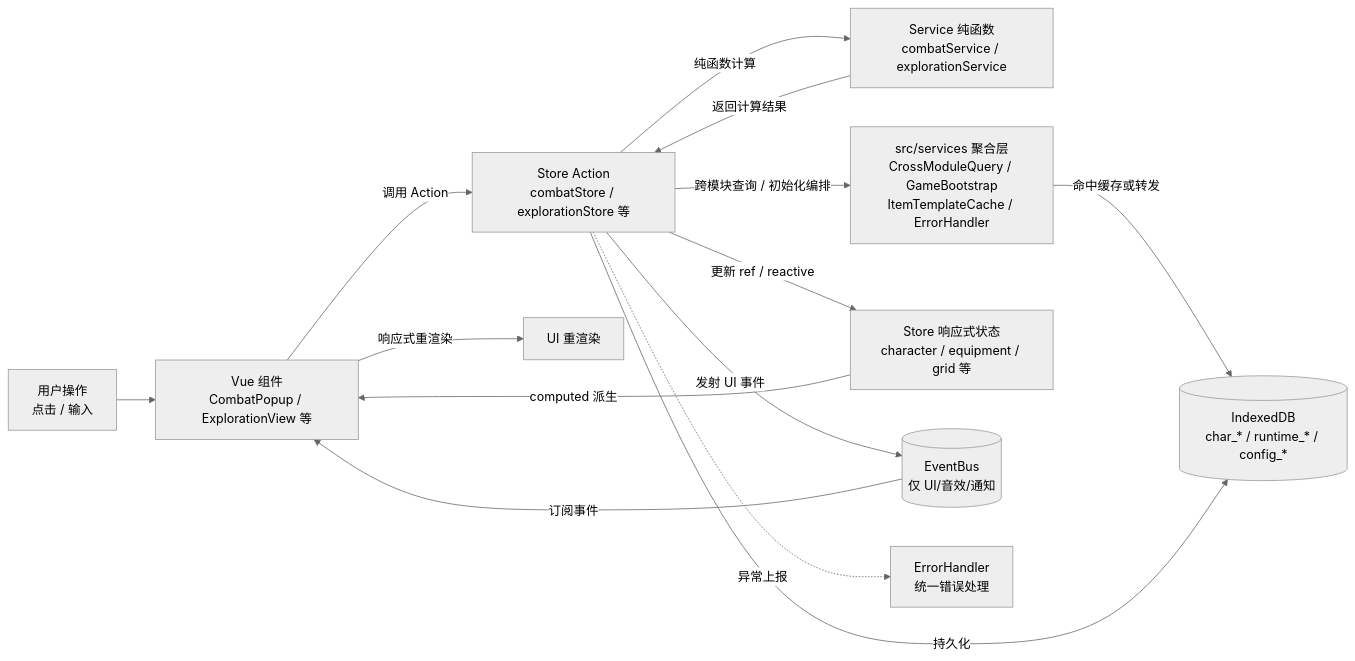
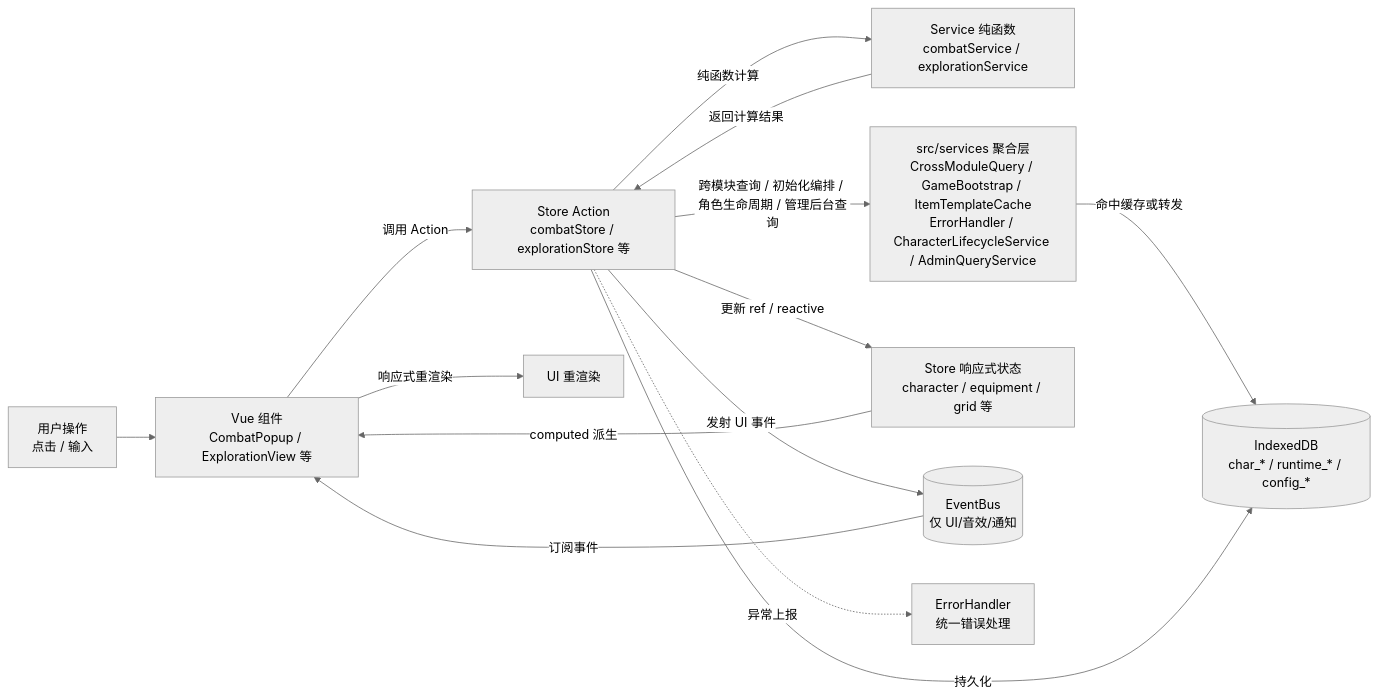
Before and after one commit to SonDemigods/wow_dnd: the first of 17 diagrams in doc/project/DATA_FLOW.md, drawn with Mermaid (neutral theme). The commit also changed other lines of this file and 4 other files, not shown here.

````diff
--- a/doc/project/DATA_FLOW.md
+++ b/doc/project/DATA_FLOW.md
@@ -27,17 +28,17 @@
 ```mermaid
 flowchart LR
     %% 全局数据流向：用户操作 → UI 重渲染
     User[用户操作<br/>点击 / 输入] --> Component[Vue 组件<br/>CombatPopup / ExplorationView 等]
     Component -->|调用 Action| StoreAction[Store Action<br/>combatStore / explorationStore 等]
     StoreAction -->|纯函数计算| Service[Service 纯函数<br/>combatService / explorationService]
     Service -->|返回计算结果| StoreAction
-    StoreAction -->|跨模块查询 / 初始化编排| ServicesLayer[src/services 聚合层<br/>CrossModuleQuery / GameBootstrap<br/>ItemTemplateCache / ErrorHandler]
+    StoreAction -->|跨模块查询 / 初始化编排 / 角色生命周期 / 管理后台查询| ServicesLayer[src/services 聚合层<br/>CrossModuleQuery / GameBootstrap / ItemTemplateCache<br/>ErrorHandler / CharacterLifecycleService / AdminQueryService]
     ServicesLayer -->|命中缓存或转发| DB
     StoreAction -->|更新 ref / reactive| State[Store 响应式状态<br/>character / equipment / grid 等]
     StoreAction -->|持久化| DB[(IndexedDB<br/>char_* / runtime_* / config_*)]
     StoreAction -->|发射 UI 事件| EventBus[(EventBus<br/>仅 UI/音效/通知)]
     StoreAction -.->|异常上报| ErrorHandler[ErrorHandler<br/>统一错误处理]
     EventBus -->|订阅事件| Component
     State -->|computed 派生| Component
     Component -->|响应式重渲染| UI[UI 重渲染]
 ```
````
